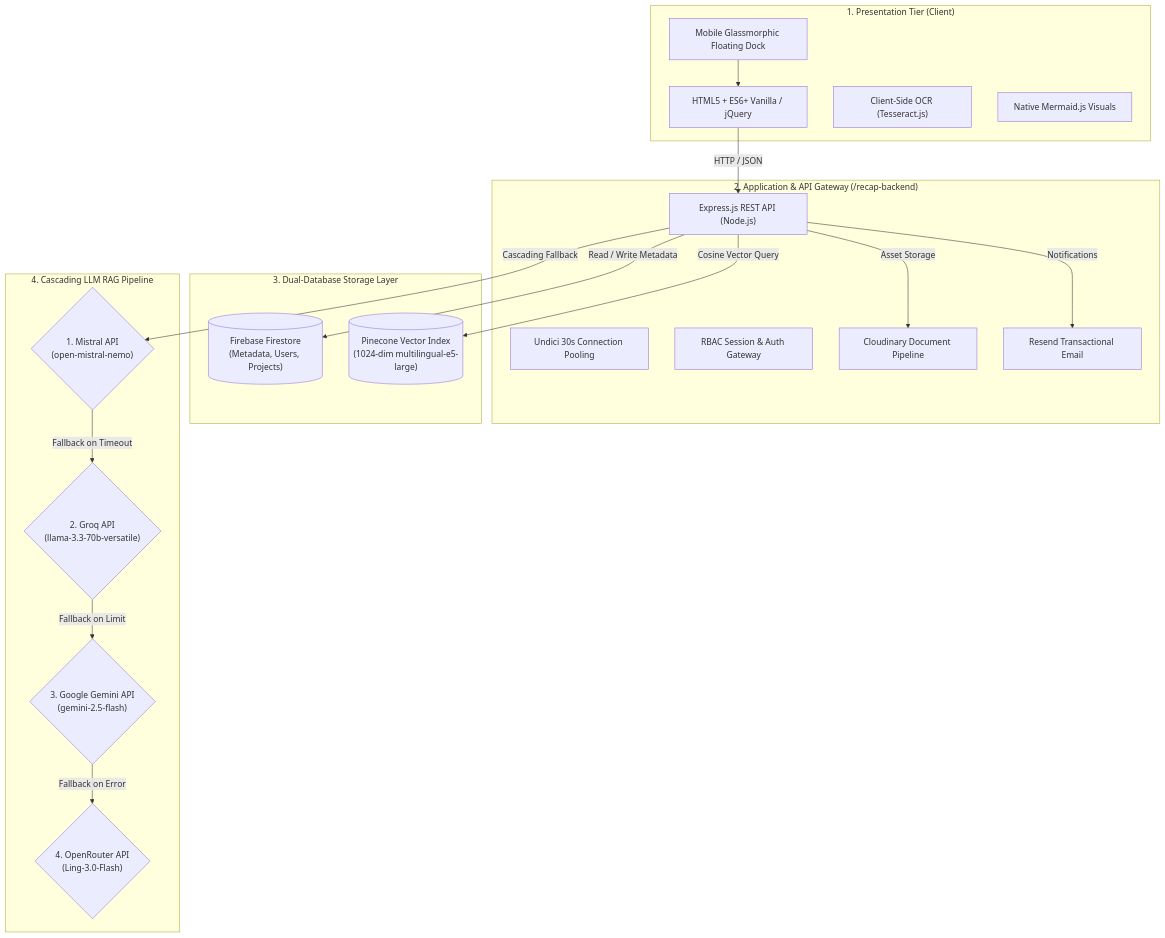
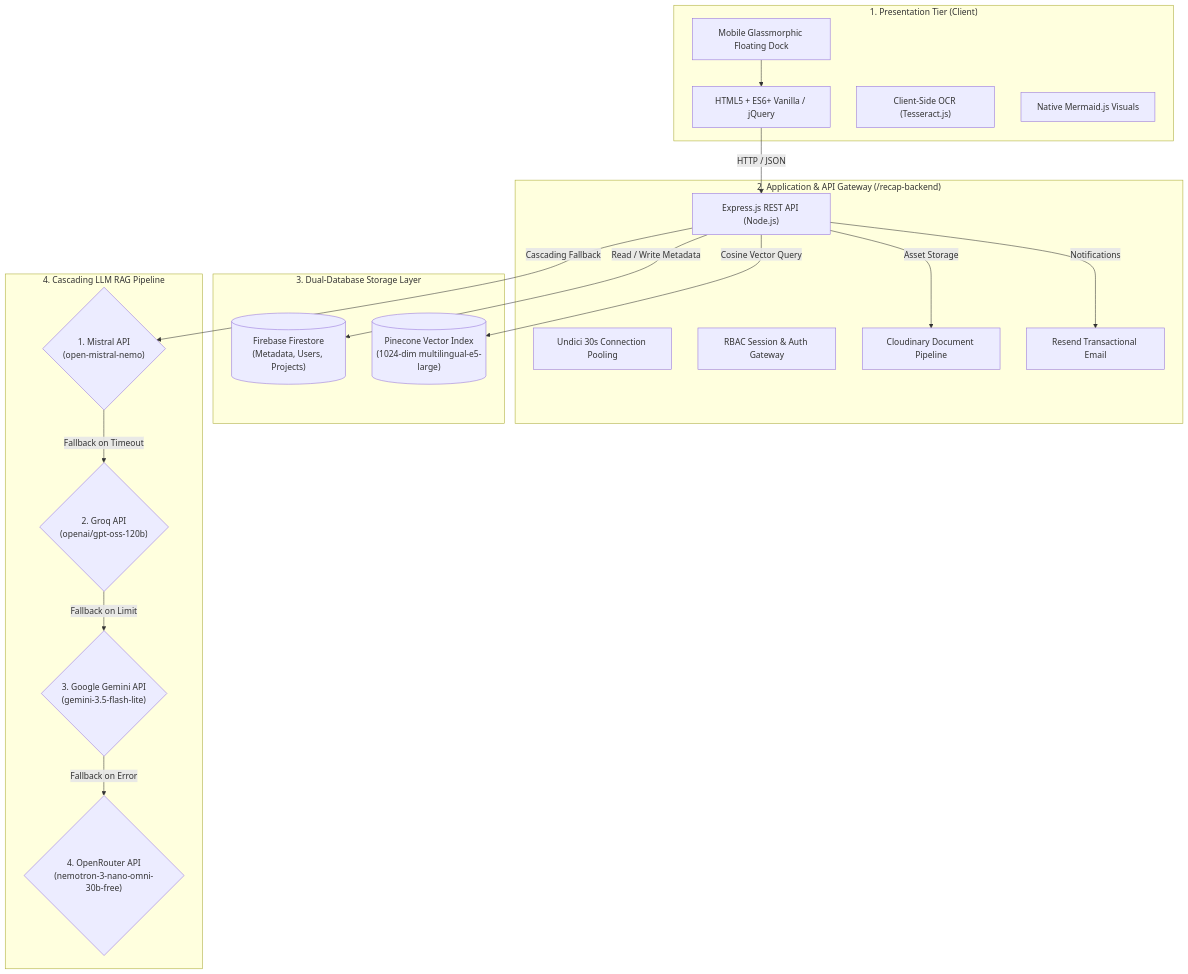
Before and after one commit to JohnPerez012/Digital-Undergraduate-Theses-Repository-with-RAG-Search-at-Cebu-Technological-University-Library: the diagram in README.md, drawn with Mermaid. The commit also changed other lines of this file and 3 other files, not shown here.

````diff
--- a/README.md
+++ b/README.md
@@ -31,40 +31,40 @@
 ```mermaid
 flowchart TD
     subgraph PresentationTier ["1. Presentation Tier (Client)"]
         UI["HTML5 + ES6+ Vanilla / jQuery"]
         Dock["Mobile Glassmorphic Floating Dock"]
         OCR["Client-Side OCR (Tesseract.js)"]
         MermaidGen["Native Mermaid.js Visuals"]
     end
 
     subgraph RoutingTier ["2. Application & API Gateway (/recap-backend)"]
         Server["Express.js REST API (Node.js)"]
         Pool["Undici 30s Connection Pooling"]
         RBAC["RBAC Session & Auth Gateway"]
         AssetGuard["Cloudinary Document Pipeline"]
         EmailDispatch["Resend Transactional Email"]
     end
 
     subgraph DualDBTier ["3. Dual-Database Storage Layer"]
         Firestore[("Firebase Firestore<br/>(Metadata, Users, Projects)")]
         PineconeDB[("Pinecone Vector Index<br/>(1024-dim multilingual-e5-large)")]
     end
 
     subgraph LLMFallbackTier ["4. Cascading LLM RAG Pipeline"]
         L1{"1. Mistral API<br/>(open-mistral-nemo)"}
-        L2{"2. Groq API<br/>(llama-3.3-70b-versatile)"}
-        L3{"3. Google Gemini API<br/>(gemini-2.5-flash)"}
-        L4{"4. OpenRouter API<br/>(Ling-3.0-Flash)"}
+        L2{"2. Groq API<br/>(openai/gpt-oss-120b)"}
+        L3{"3. Google Gemini API<br/>(gemini-3.5-flash-lite)"}
+        L4{"4. OpenRouter API<br/>(nemotron-3-nano-omni-30b-free)"}
     end
 
     UI -->|HTTP / JSON| Server
     Dock --> UI
     Server -->|Read / Write Metadata| Firestore
     Server -->|Cosine Vector Query| PineconeDB
     Server -->|Cascading Fallback| L1
     L1 -- Fallback on Timeout --> L2
     L2 -- Fallback on Limit --> L3
     L3 -- Fallback on Error --> L4
     Server -->|Asset Storage| AssetGuard
     Server -->|Notifications| EmailDispatch
 ```
````
